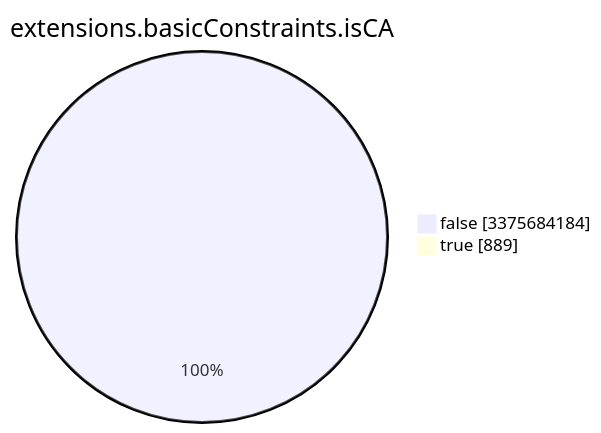
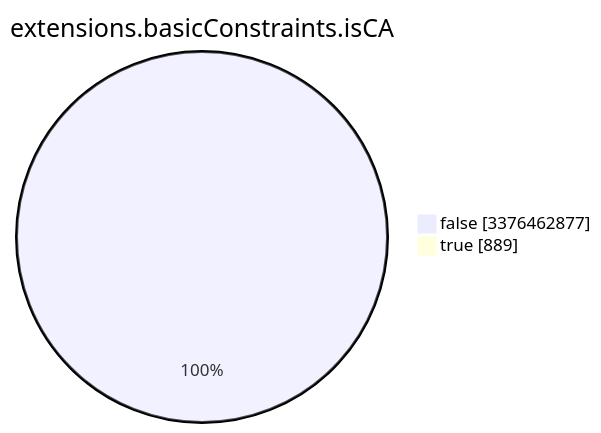
One commit to christiankrug/ctmonitor_visualization changed the seventh of 15 diagrams in TOTAL/README.md. Above: the diagram before and after it, drawn with Mermaid. The commit also changed other lines of this file, not shown here.

````diff
--- a/TOTAL/README.md
+++ b/TOTAL/README.md
@@ -3090,6 +3090,6 @@
 ```mermaid
 pie showData
 title extensions.basicConstraints.isCA
-"false" :3375684184
+"false" :3376462877
 "true" :889
 ```
````
